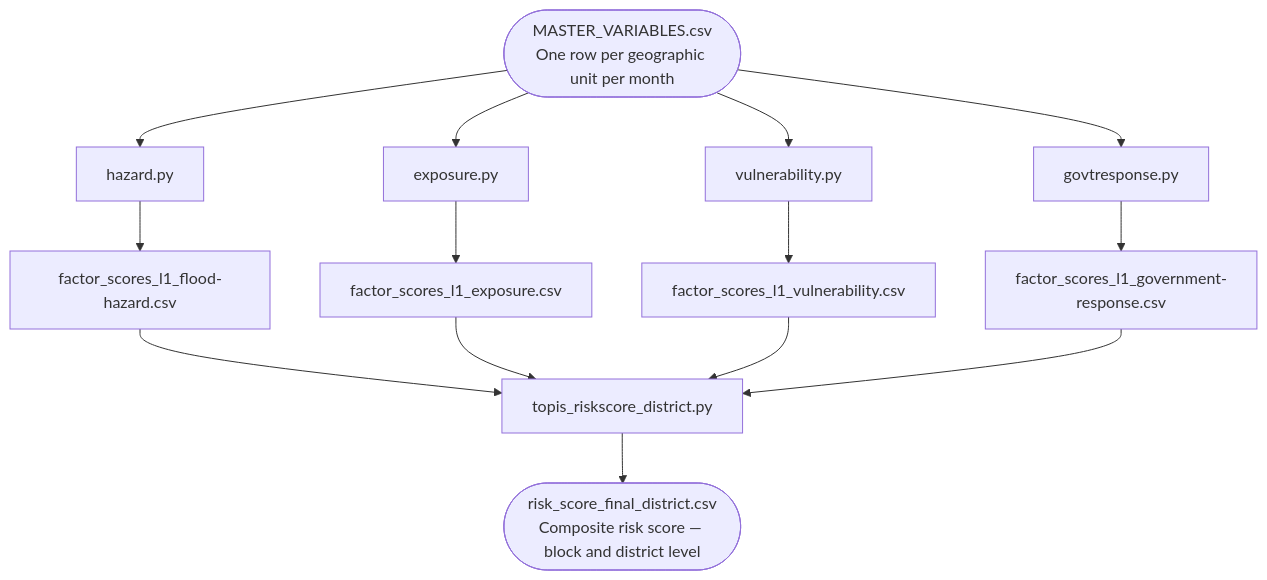
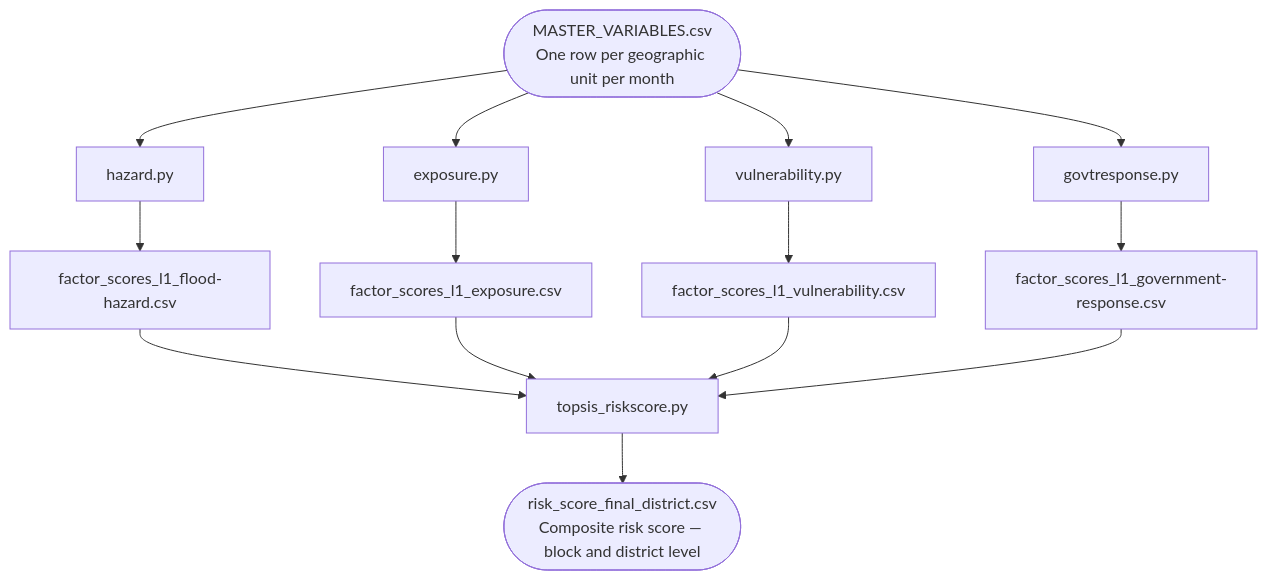
One commit to CivicDataLab/risk-score-model-generic changed the diagram in RiskScoreModel/docs/getting_started.md. Above: the diagram before and after it, drawn with Mermaid. The commit also changed other lines of this file and 38 other files, not shown here.

````diff
--- a/RiskScoreModel/docs/getting_started.md
+++ b/RiskScoreModel/docs/getting_started.md
@@ -11,13 +11,13 @@
 ```mermaid
 flowchart TD
     A([MASTER_VARIABLES.csv\nOne row per geographic unit per month]) --> B & C & D & E
 
     B[hazard.py] --> B1[factor_scores_l1_flood-hazard.csv]
     C[exposure.py] --> C1[factor_scores_l1_exposure.csv]
     D[vulnerability.py] --> D1[factor_scores_l1_vulnerability.csv]
     E[govtresponse.py] --> E1[factor_scores_l1_government-response.csv]
 
-    B1 & C1 & D1 & E1 --> F[topis_riskscore_district.py]
+    B1 & C1 & D1 & E1 --> F[topsis_riskscore.py]
 
     F --> G([risk_score_final_district.csv\nComposite risk score — block and district level])
 ```
````
